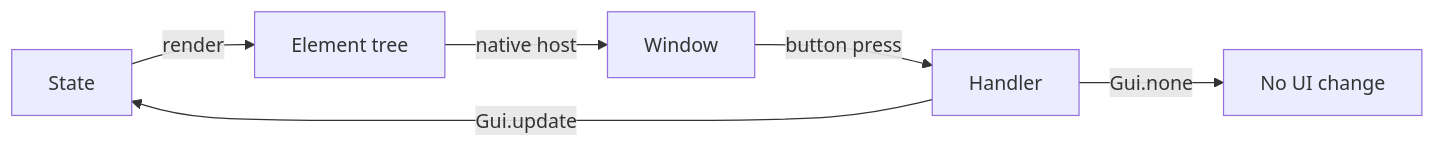
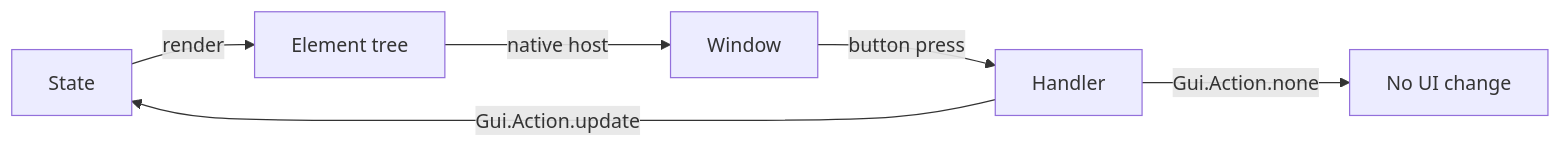
The diagram in docs/overview.adoc (lukewilliamboswell/roc-gui), drawn with Mermaid before and after one commit. The commit also changed 80 other files, not shown here.

```diff
--- a/docs/overview.adoc
+++ b/docs/overview.adoc
@@ -15,9 +15,9 @@
 [mermaid]
 ....
 flowchart LR
     S[State] -->|render| U[Element tree]
     U -->|native host| W[Window]
     W -->|button press| H[Handler]
-    H -->|Gui.update| S
-    H -->|Gui.none| N[No UI change]
+    H -->|Gui.Action.update| S
+    H -->|Gui.Action.none| N[No UI change]
 ....
```
